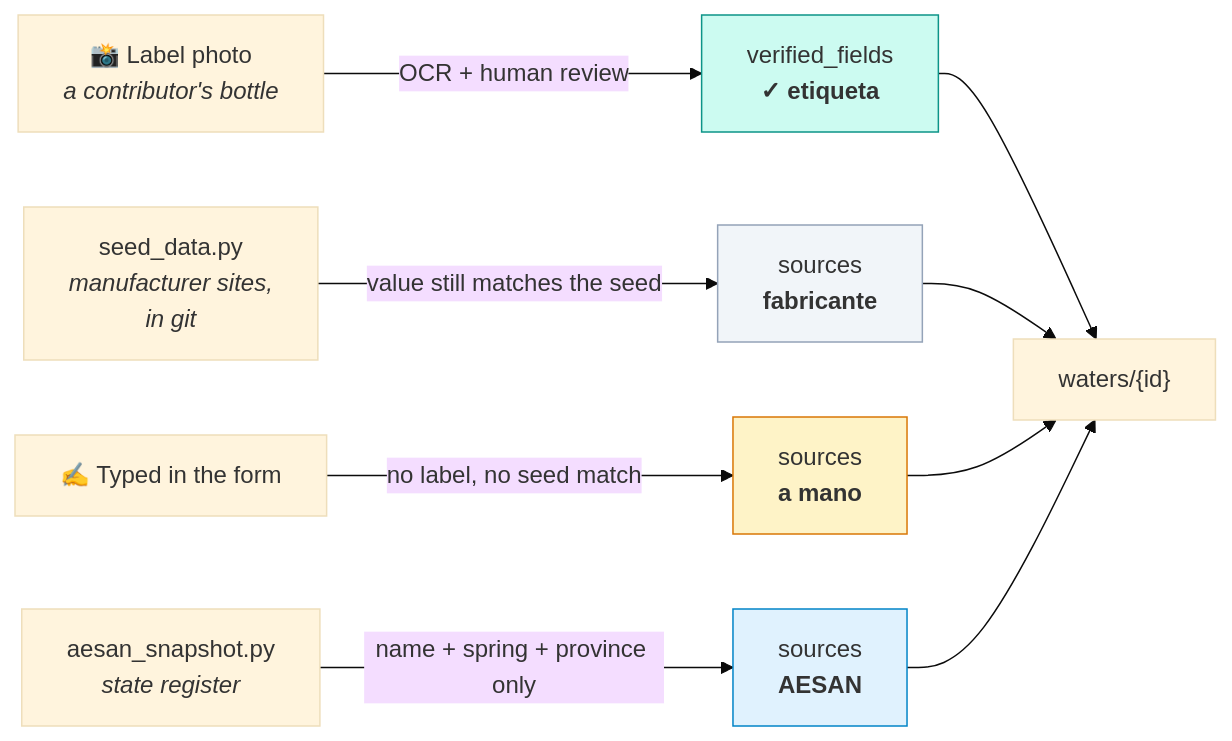
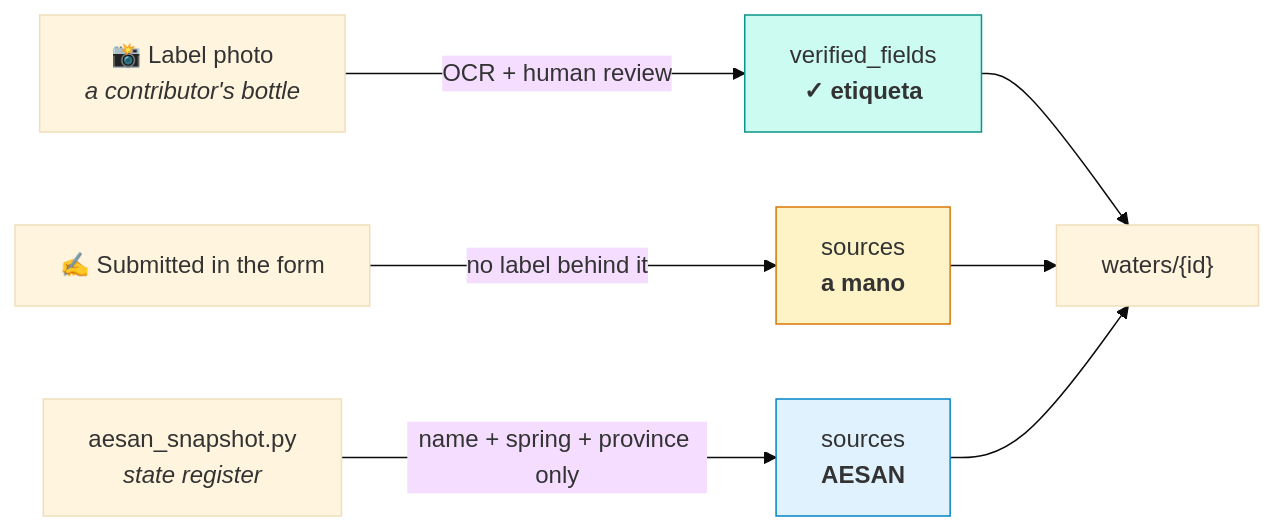
The second of 2 diagrams in packages/be_water/README.md (jorgelillo7/lillorepo), drawn with Mermaid (base theme) before and after one commit. The commit also changed other lines of this file and 37 other files, not shown here.

````diff
--- a/packages/be_water/README.md
+++ b/packages/be_water/README.md
@@ -109,17 +100,14 @@
 ```mermaid
 graph LR
     LBL["📸 Label photo<br/><i>a contributor's bottle</i>"] -->|OCR + human review| V["verified_fields<br/><b>✓ etiqueta</b>"]
-    SEED["seed_data.py<br/><i>manufacturer sites,<br/>in git</i>"] -->|value still matches the seed| M["sources<br/><b>fabricante</b>"]
-    TYPED["✍️ Typed in the form"] -->|no label, no seed match| H["sources<br/><b>a mano</b>"]
+    TYPED["✍️ Submitted in the form"] -->|no label behind it| H["sources<br/><b>a mano</b>"]
     REG["aesan_snapshot.py<br/><i>state register</i>"] -->|name + spring + province only| A["sources<br/><b>AESAN</b>"]
 
     V --> DOC["waters/{id}"]
-    M --> DOC
     H --> DOC
     A --> DOC
 
     style V fill:#ccfbf1,stroke:#0d9488
-    style M fill:#f1f5f9,stroke:#94a3b8
     style H fill:#fef3c7,stroke:#d97706
     style A fill:#e0f2fe,stroke:#0284c7
 ```
````
